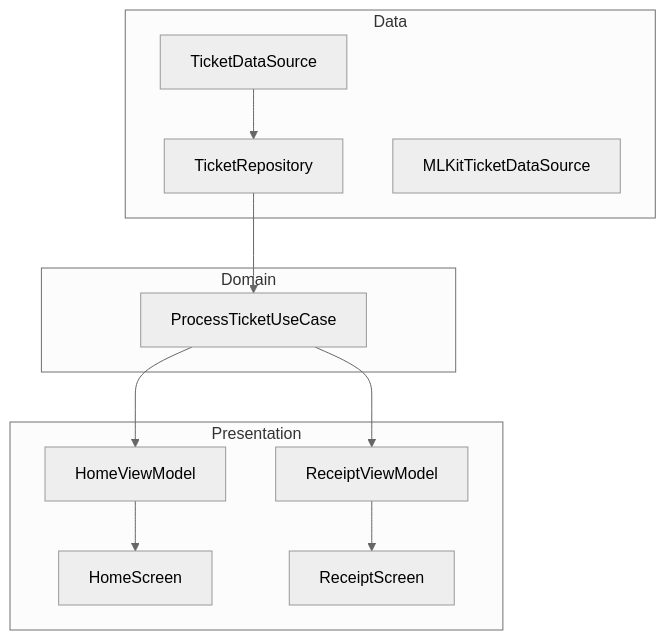
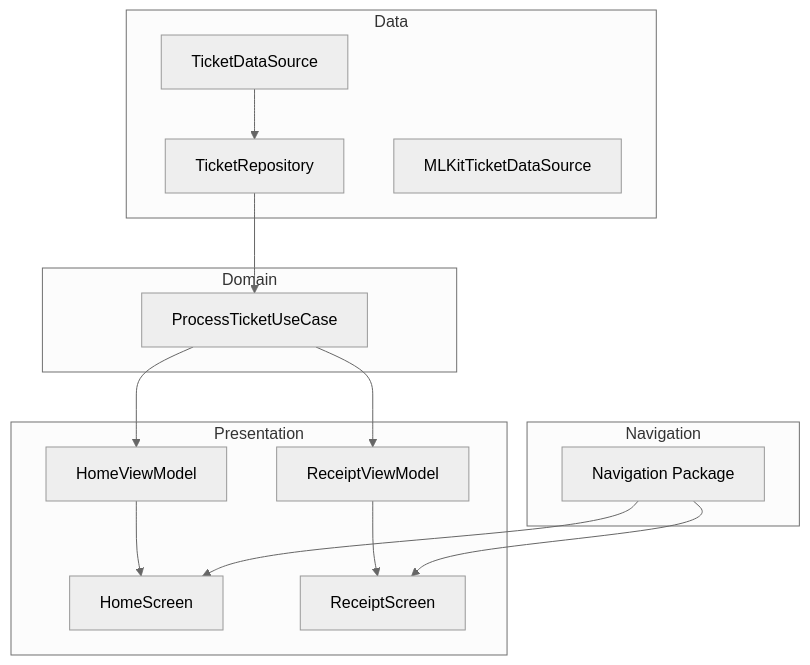
The diagram in README.md (awsalcedo/SplitBill-Alex-Salcedo), drawn with Mermaid (neutral theme) before and after one commit. The commit also changed other lines of this file, not shown here.

First line of the commit message:
Update README.md with project details and architecture overview

````diff
--- a/README.md
+++ b/README.md
@@ -69,24 +87,30 @@
 ```mermaid
 flowchart TD
     subgraph Data
         DS1[TicketDataSource] --> Repo[TicketRepository]
         DS2[MLKitTicketDataSource]
     end
 
     subgraph Domain
         UC[ProcessTicketUseCase]
     end
 
     subgraph Presentation
         VM1[HomeViewModel]
         VM2[ReceiptViewModel]
         UI1[HomeScreen]
         UI2[ReceiptScreen]
     end
 
+    subgraph Navigation
+        Routes[Navigation Package]
+    end
+
     Repo --> UC
     UC --> VM1
     UC --> VM2
     VM1 --> UI1
     VM2 --> UI2
+    Routes --> UI1
+    Routes --> UI2
 ```
````
